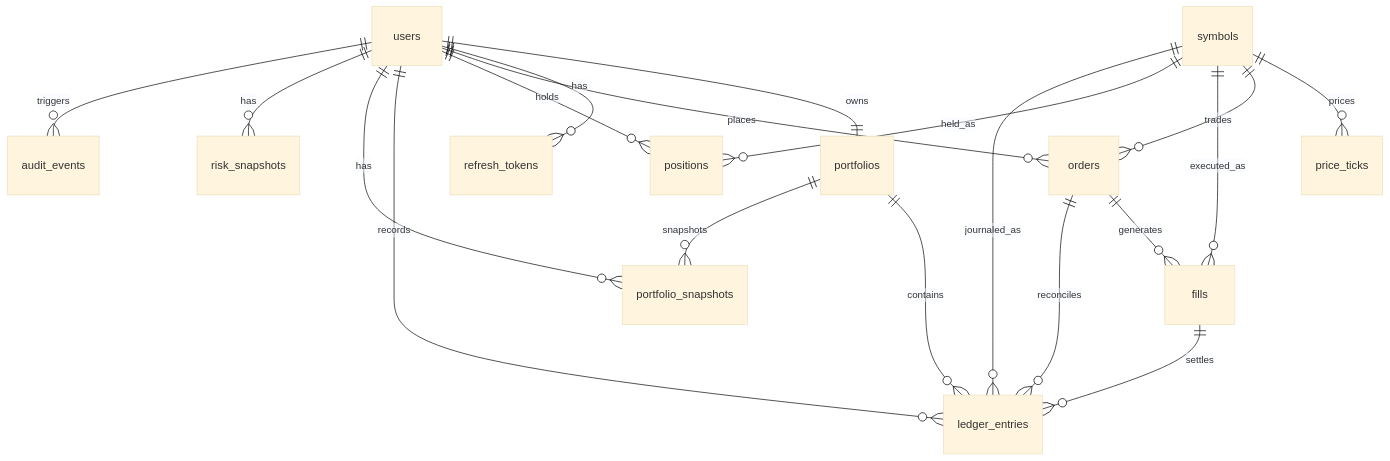
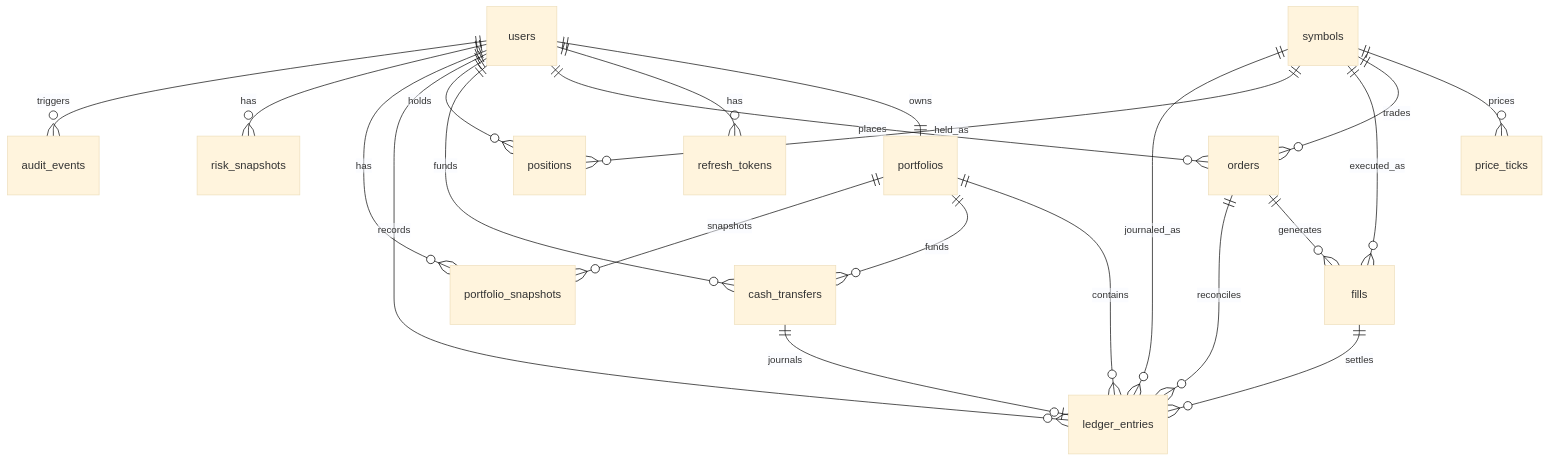
One commit to rehani1/LedgerStream changed the first of 2 diagrams in docs/data-model.md. Above: the diagram before and after it, drawn with Mermaid (base theme). The commit also changed other lines of this file and 22 other files, not shown here.

Commit message:
Add paper cash transfers

````diff
--- a/docs/data-model.md
+++ b/docs/data-model.md
@@ -14,21 +14,24 @@
 ```mermaid
 erDiagram
   users ||--|| portfolios : owns
   users ||--o{ refresh_tokens : has
   users ||--o{ orders : places
+  users ||--o{ cash_transfers : funds
   users ||--o{ positions : holds
   users ||--o{ ledger_entries : records
   users ||--o{ portfolio_snapshots : has
   users ||--o{ risk_snapshots : has
   users ||--o{ audit_events : triggers
   symbols ||--o{ price_ticks : prices
   symbols ||--o{ orders : trades
   symbols ||--o{ fills : executed_as
   symbols ||--o{ positions : held_as
   symbols ||--o{ ledger_entries : journaled_as
   orders ||--o{ fills : generates
   orders ||--o{ ledger_entries : reconciles
   fills ||--o{ ledger_entries : settles
   portfolios ||--o{ ledger_entries : contains
+  portfolios ||--o{ cash_transfers : funds
   portfolios ||--o{ portfolio_snapshots : snapshots
+  cash_transfers ||--o| ledger_entries : journals
 ```
````
